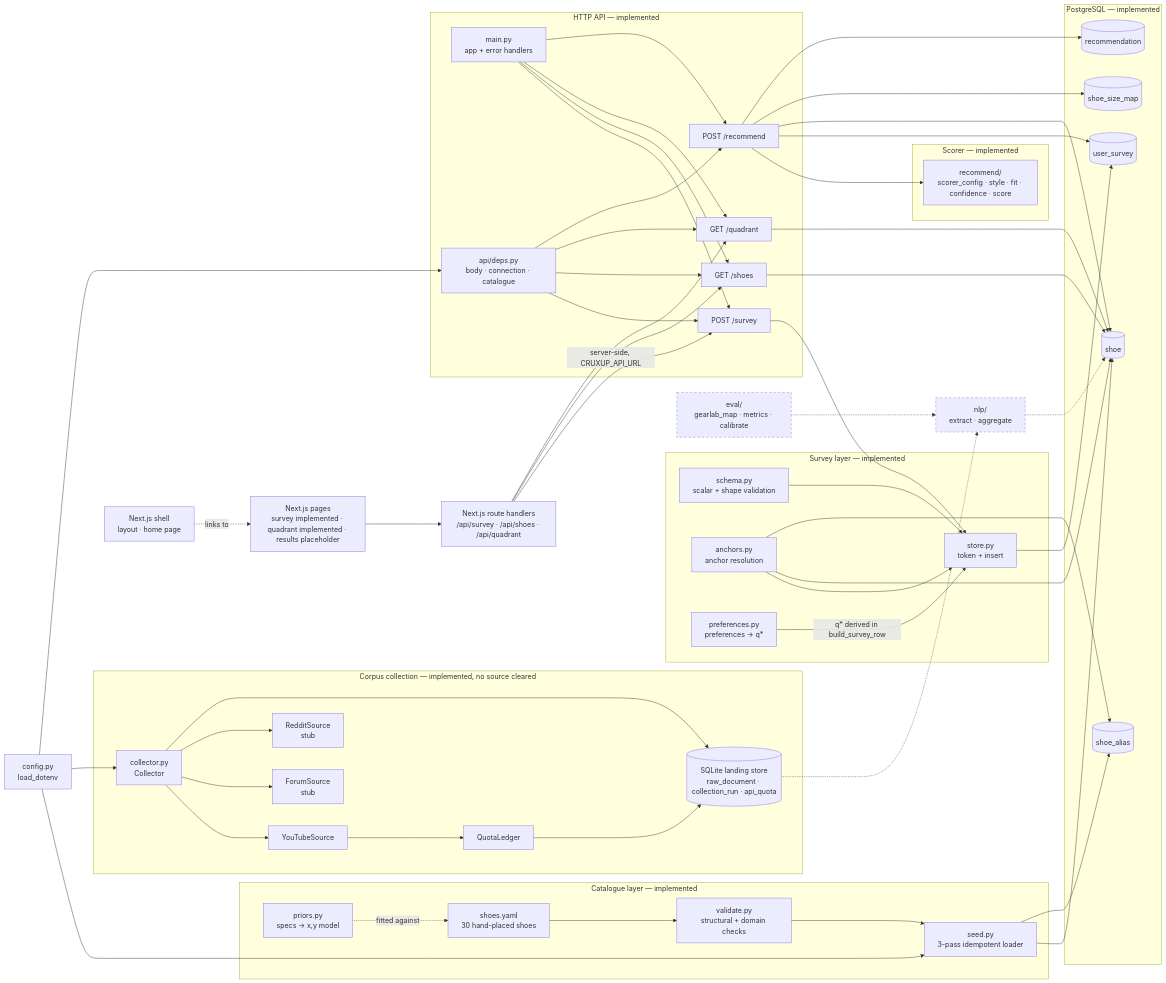
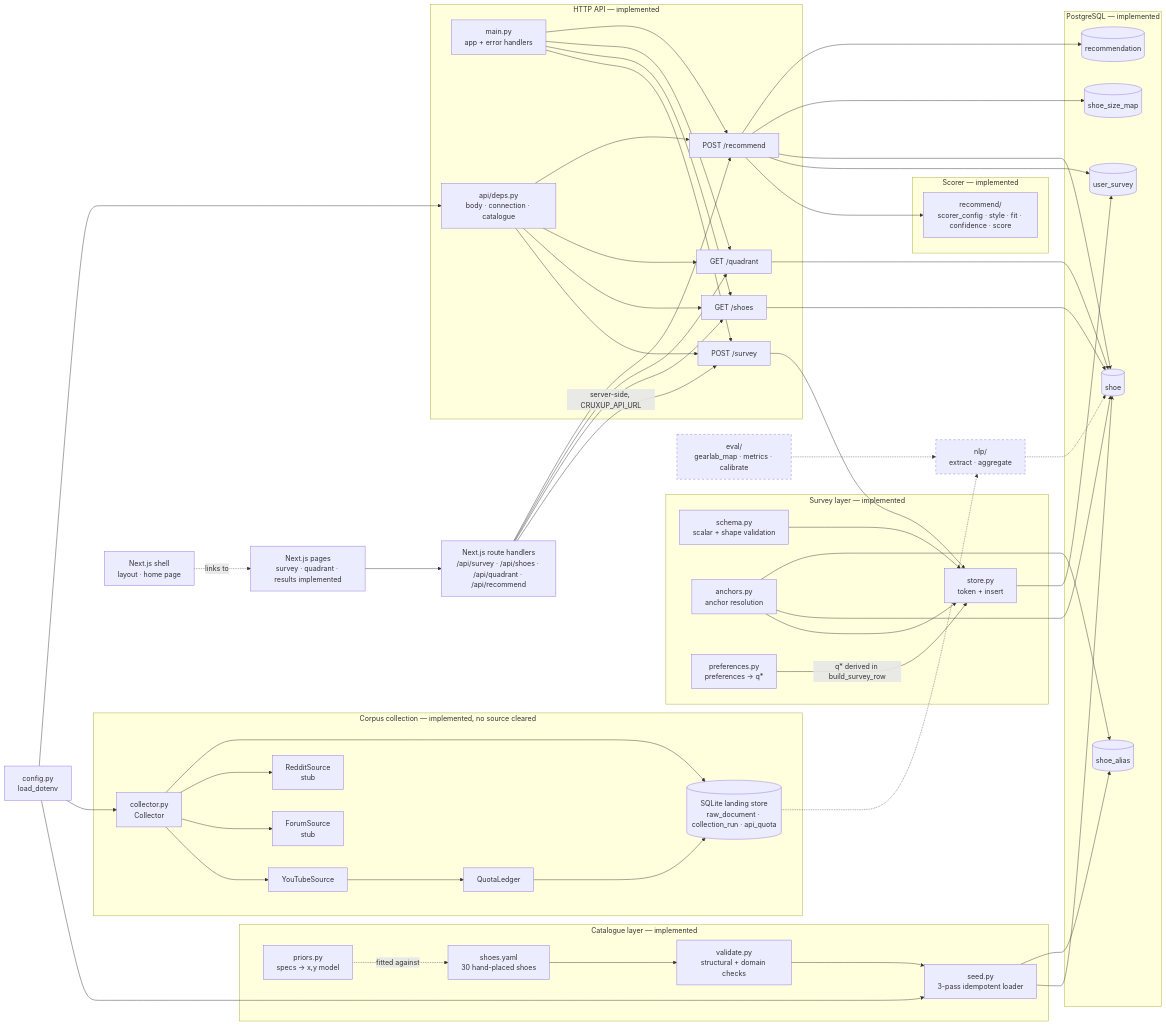
The first of 2 diagrams in docs/ARCHITECTURE.md (barlu3/CruxUp), drawn with Mermaid before and after one commit. The commit also changed other lines of this file and 2 other files, not shown here.

```diff
--- a/docs/ARCHITECTURE.md
+++ b/docs/ARCHITECTURE.md
@@ -113,14 +113,15 @@
   NLP[nlp/<br/>extract · aggregate]:::planned
   EVAL[eval/<br/>gearlab_map · metrics · calibrate]:::planned
   SHELL[Next.js shell<br/>layout · home page]
-  WEB[Next.js pages<br/>survey implemented · quadrant implemented · results placeholder]
-  PROXY[Next.js route handlers<br/>/api/survey · /api/shoes · /api/quadrant]
+  WEB[Next.js pages<br/>survey · quadrant · results implemented]
+  PROXY[Next.js route handlers<br/>/api/survey · /api/shoes · /api/quadrant · /api/recommend]
 
   SHELL -. links to .-> WEB
   WEB --> PROXY
   PROXY -->|"server-side, CRUXUP_API_URL"| RSURV
   PROXY --> RSHOE
   PROXY --> RQUAD
+  PROXY --> RREC
   LAND -.-> NLP -.-> SHOE
   EVAL -.-> NLP
 
```
